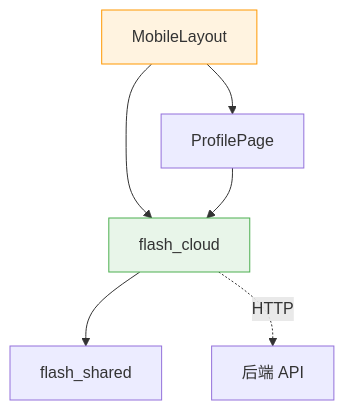
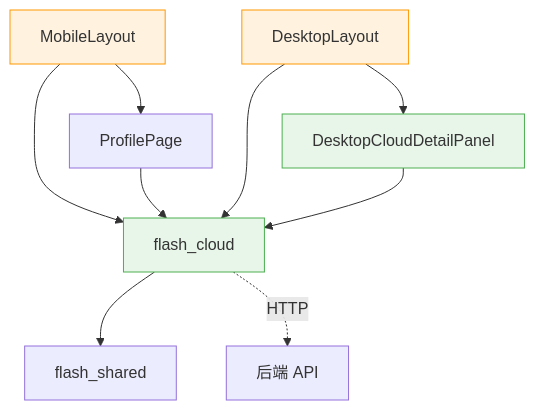
The first of 2 diagrams in docs/features/archiver/modules/cloud/client.md (toly1994328/flash_im_by_ai), drawn with Mermaid before and after one commit. The commit also changed other lines of this file and 22 other files, not shown here.

````diff
--- a/docs/features/archiver/modules/cloud/client.md
+++ b/docs/features/archiver/modules/cloud/client.md
@@ -19,11 +20,16 @@
 ```mermaid
 graph TB
-    LAYOUT[MobileLayout] --> CLOUD[flash_cloud]
-    LAYOUT --> PROFILE[ProfilePage]
+    MOBILE[MobileLayout] --> CLOUD[flash_cloud]
+    DESKTOP[DesktopLayout] --> CLOUD
+    DESKTOP --> DETAIL_PANEL[DesktopCloudDetailPanel]
+    DETAIL_PANEL --> CLOUD
+    MOBILE --> PROFILE[ProfilePage]
     CLOUD --> SHARED[flash_shared]
     CLOUD -.->|HTTP| API[后端 API]
     PROFILE --> CLOUD
 
     style CLOUD fill:#E8F5E9,stroke:#4CAF50
-    style LAYOUT fill:#FFF3E0,stroke:#FF9800
+    style MOBILE fill:#FFF3E0,stroke:#FF9800
+    style DESKTOP fill:#FFF3E0,stroke:#FF9800
+    style DETAIL_PANEL fill:#E8F5E9,stroke:#4CAF50
 ```
````
